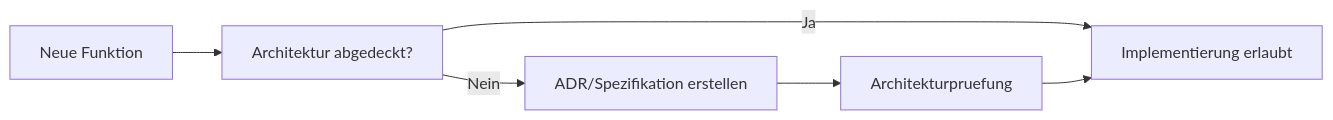
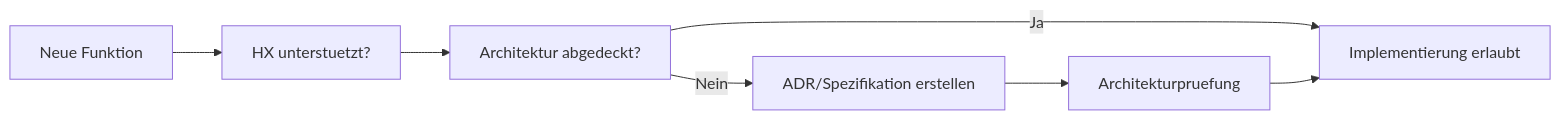
Before and after one commit to rk-engineeringAToutlook-de/RKWorkspace: the diagram in Docs/ADR/README.md, drawn with Mermaid. The commit also changed other lines of this file and 12 other files, not shown here.

````diff
--- a/Docs/ADR/README.md
+++ b/Docs/ADR/README.md
@@ -26,8 +28,9 @@
 ```mermaid
 flowchart LR
-    Request["Neue Funktion"] --> Check["Architektur abgedeckt?"]
+    Request["Neue Funktion"] --> HX["HX unterstuetzt?"]
+    HX --> Check["Architektur abgedeckt?"]
     Check -->|Ja| Implement["Implementierung erlaubt"]
     Check -->|Nein| ADR["ADR/Spezifikation erstellen"]
     ADR --> Review["Architekturpruefung"]
     Review --> Implement
 ```
````
